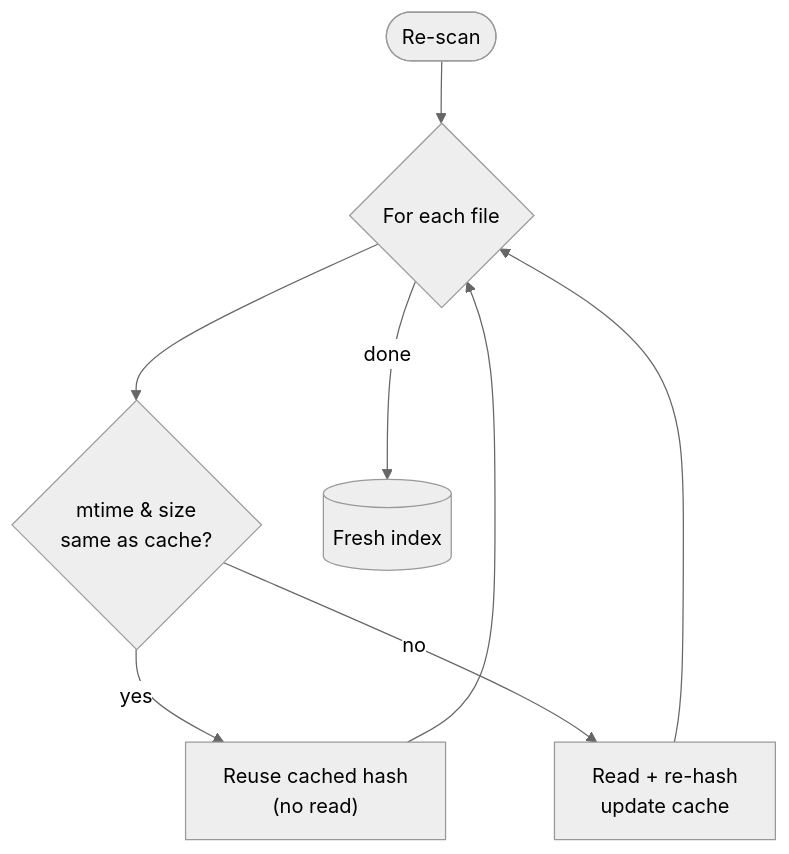
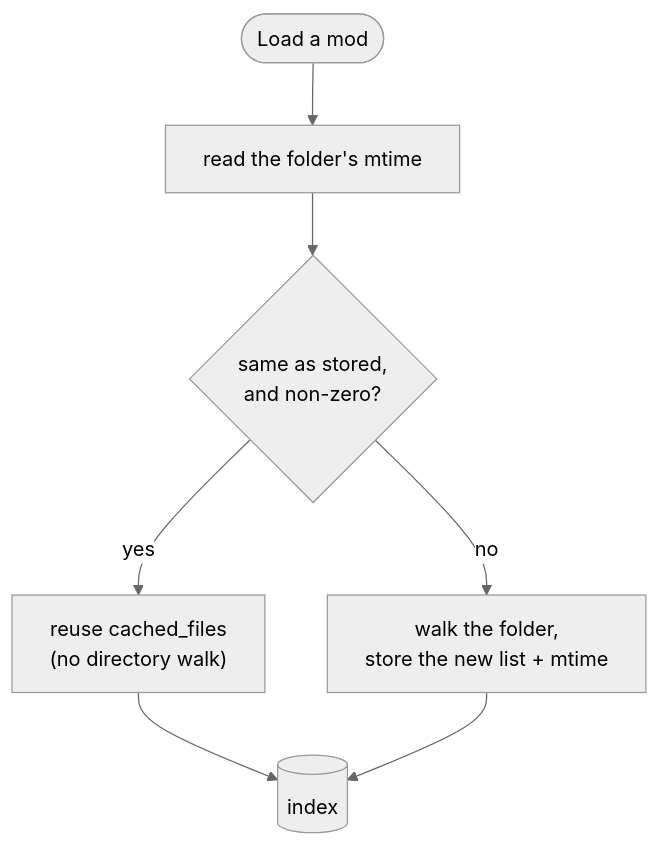
The diagram in docs/how-it-works/scanning-cache.md (FreeProject089/BMM-Docs), drawn with Mermaid (neutral theme) before and after one commit. The commit also changed other lines of this file and 7 other files, not shown here.

````diff
--- a/docs/how-it-works/scanning-cache.md
+++ b/docs/how-it-works/scanning-cache.md
@@ -13,10 +23,9 @@
 ```mermaid
 flowchart TB
-    START([Re-scan]) --> LOOP{For each file}
-    LOOP --> CHECK{"mtime &amp; size<br/>same as cache?"}
-    CHECK -- yes --> REUSE["Reuse cached hash<br/>(no read)"]
-    CHECK -- no --> REHASH["Read + re-hash<br/>update cache"]
-    REUSE --> LOOP
-    REHASH --> LOOP
-    LOOP -- done --> INDEX[(Fresh index)]
+    START([Load a mod]) --> META["read the folder's mtime"]
+    META --> CMP{"same as stored,<br/>and non-zero?"}
+    CMP -- yes --> REUSE["reuse cached_files<br/>(no directory walk)"]
+    CMP -- no --> WALK["walk the folder,<br/>store the new list + mtime"]
+    REUSE --> IDX[(index)]
+    WALK --> IDX
 ```
````
